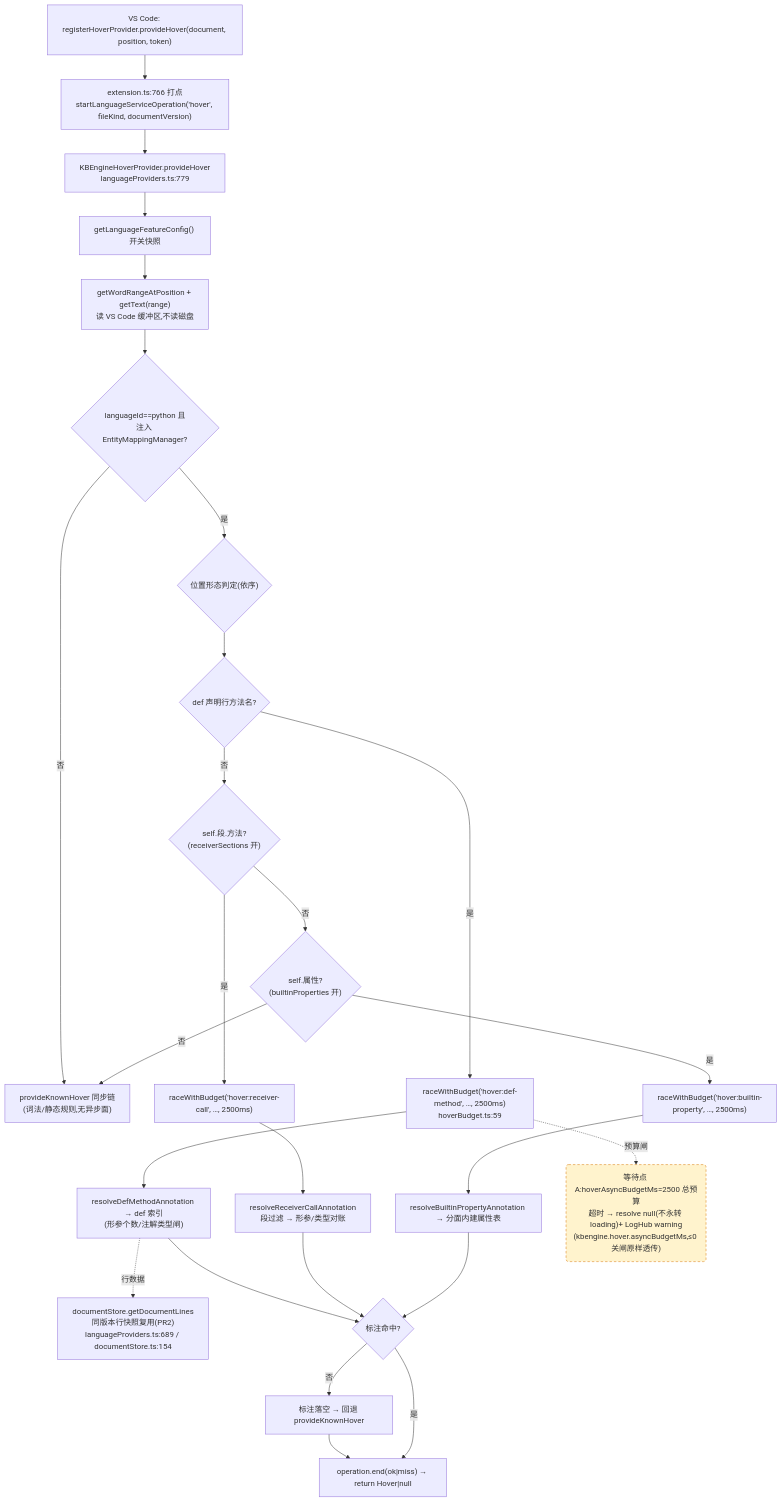
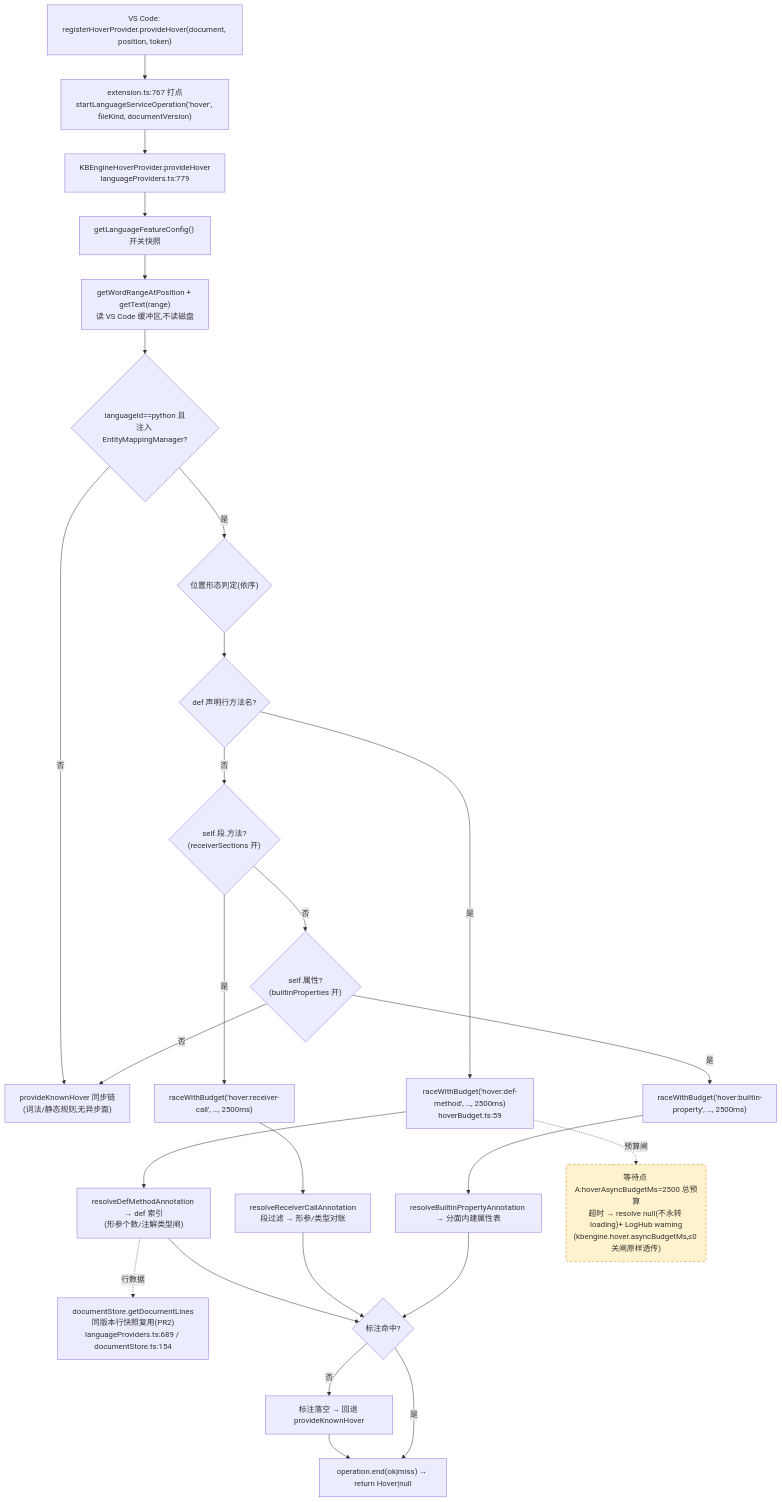
Before and after one commit to cuihairu/kode: the first of 4 diagrams in docs/perf/2026-baseline.md, drawn with Mermaid. The commit also changed other lines of this file and 10 other files, not shown here.

Commit message:
perf: parse large def off host thread in schema build

````diff
--- a/docs/perf/2026-baseline.md
+++ b/docs/perf/2026-baseline.md
@@ -82,45 +82,45 @@
 ```mermaid
 flowchart TD
   VC1["VS Code: registerHoverProvider.provideHover(document, position, token)"]
-  M1["extension.ts:766 打点<br/>startLanguageServiceOperation('hover', fileKind, documentVersion)"]
+  M1["extension.ts:767 打点<br/>startLanguageServiceOperation('hover', fileKind, documentVersion)"]
   HP["KBEngineHoverProvider.provideHover<br/>languageProviders.ts:779"]
   CFG["getLanguageFeatureConfig() 开关快照"]
   WORD["getWordRangeAtPosition + getText(range)<br/>读 VS Code 缓冲区,不读磁盘"]
   BR{"languageId==python 且<br/>注入 EntityMappingManager?"}
   KN["provideKnownHover 同步链<br/>(词法/静态规则,无异步面)"]
   POS{"位置形态判定(依序)"}
   D1{"def 声明行方法名?"}
   D2{"self.段.方法?<br/>(receiverSections 开)"}
   D3{"self.属性?<br/>(builtinProperties 开)"}
   RA1["raceWithBudget('hover:def-method', …, 2500ms)<br/>hoverBudget.ts:59"]
   RA2["raceWithBudget('hover:receiver-call', …, 2500ms)"]
   RA3["raceWithBudget('hover:builtin-property', …, 2500ms)"]
   RS1["resolveDefMethodAnnotation → def 索引<br/>(形参个数/注解类型闸)"]
   RS2["resolveReceiverCallAnnotation<br/>段过滤 → 形参/类型对账"]
   RS3["resolveBuiltinPropertyAnnotation → 分面内建属性表"]
   LINES["documentStore.getDocumentLines<br/>同版本行快照复用(PR2)<br/>languageProviders.ts:689 / documentStore.ts:154"]
   MISS["标注落空 → 回退 provideKnownHover"]
   END1["operation.end(ok|miss) → return Hover|null"]
 
   VC1 --> M1 --> HP --> CFG --> WORD --> BR
   BR -- "否" --> KN
   BR -- "是" --> POS --> D1
   D1 -- "是" --> RA1 --> RS1
   D1 -- "否" --> D2
   D2 -- "是" --> RA2 --> RS2
   D2 -- "否" --> D3
   D3 -- "是" --> RA3 --> RS3
   D3 -- "否" --> KN
   RS1 --> HIT{"标注命中?"}
   RS2 --> HIT
   RS3 --> HIT
   RS1 -.->|行数据| LINES
   HIT -- "否" --> MISS --> END1
   HIT -- "是" --> END1
 
   WAITA("等待点 A:hoverAsyncBudgetMs=2500 总预算<br/>超时 → resolve null(不永转 loading)+ LogHub warning<br/>(kbengine.hover.asyncBudgetMs,≤0 关闸原样透传)")
   RA1 -.->|预算闸| WAITA
 
   classDef waitPoint fill:#fff3cd,stroke:#d97706,stroke-dasharray:5 4;
   class WAITA waitPoint;
 ```
````
